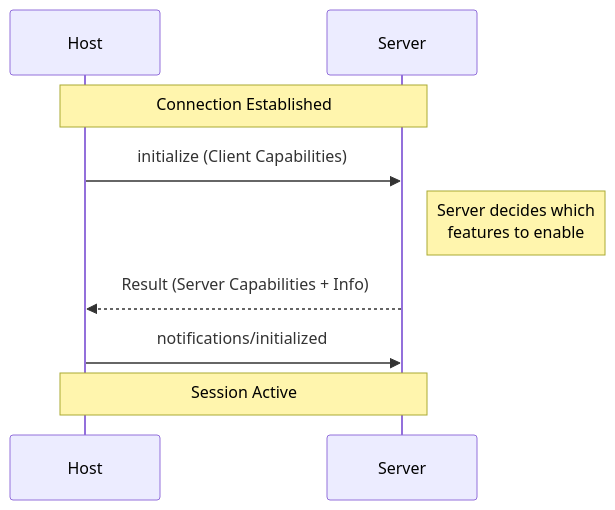
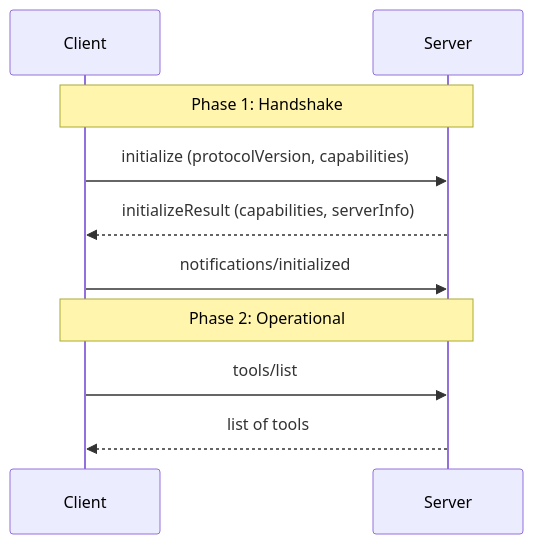
Before and after one commit to ibhi/ibhi.github.io: the diagram in content/posts/mcp-series-02-the-spec/index.md, drawn with Mermaid. The commit also changed other lines of this file and 2 other files, not shown here.

```diff
--- a/content/posts/mcp-series-02-the-spec/index.md
+++ b/content/posts/mcp-series-02-the-spec/index.md
@@ -49,12 +60,12 @@
 {{< mermaid >}}
 sequenceDiagram
-    participant Host
+    participant Client
     participant Server
-
-    Note over Host, Server: Connection Established
-    Host->>Server: initialize (Client Capabilities)
-    Note right of Server: Server decides which<br/>features to enable
-    Server-->>Host: Result (Server Capabilities + Info)
-    Host->>Server: notifications/initialized
-    Note over Host, Server: Session Active
+    Note over Client,Server: Phase 1: Handshake
+    Client->>Server: initialize (protocolVersion, capabilities)
+    Server-->>Client: initializeResult (capabilities, serverInfo)
+    Client->>Server: notifications/initialized
+    Note over Client,Server: Phase 2: Operational
+    Client->>Server: tools/list
+    Server-->>Client: list of tools
 {{< /mermaid >}}
```
